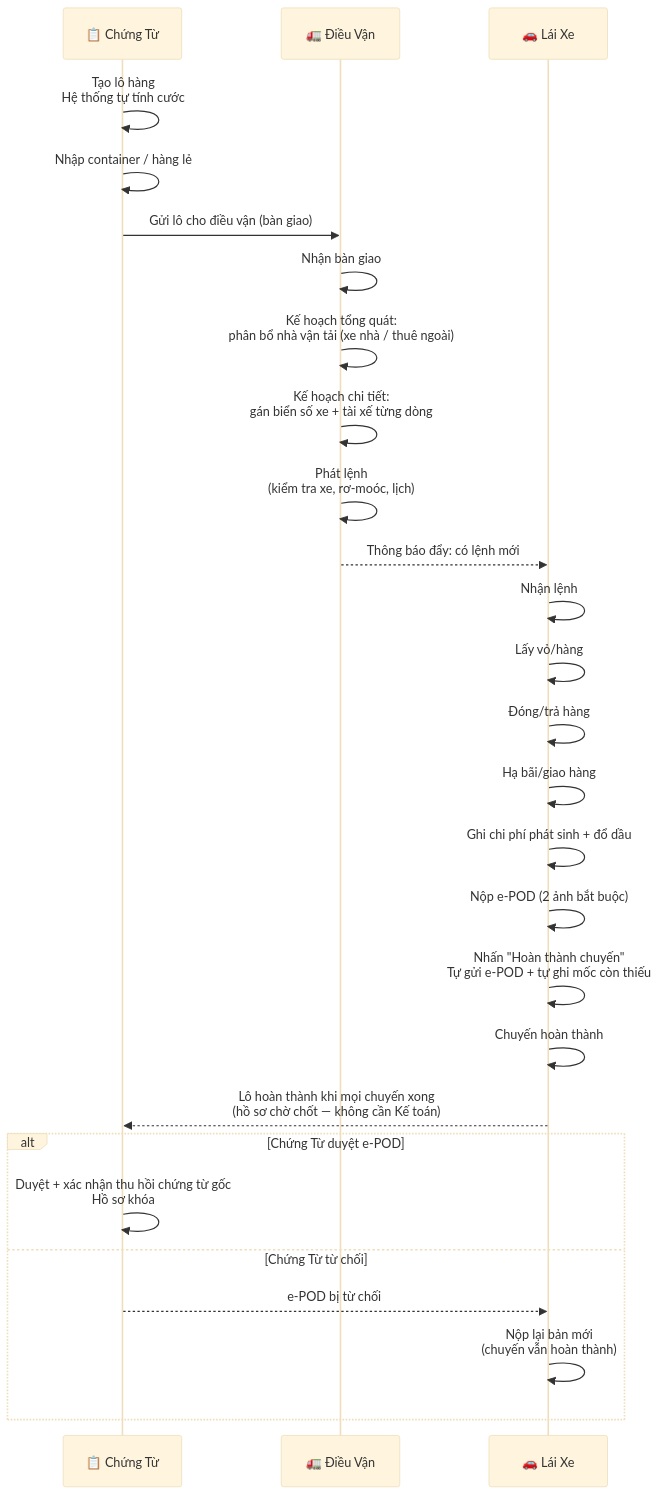
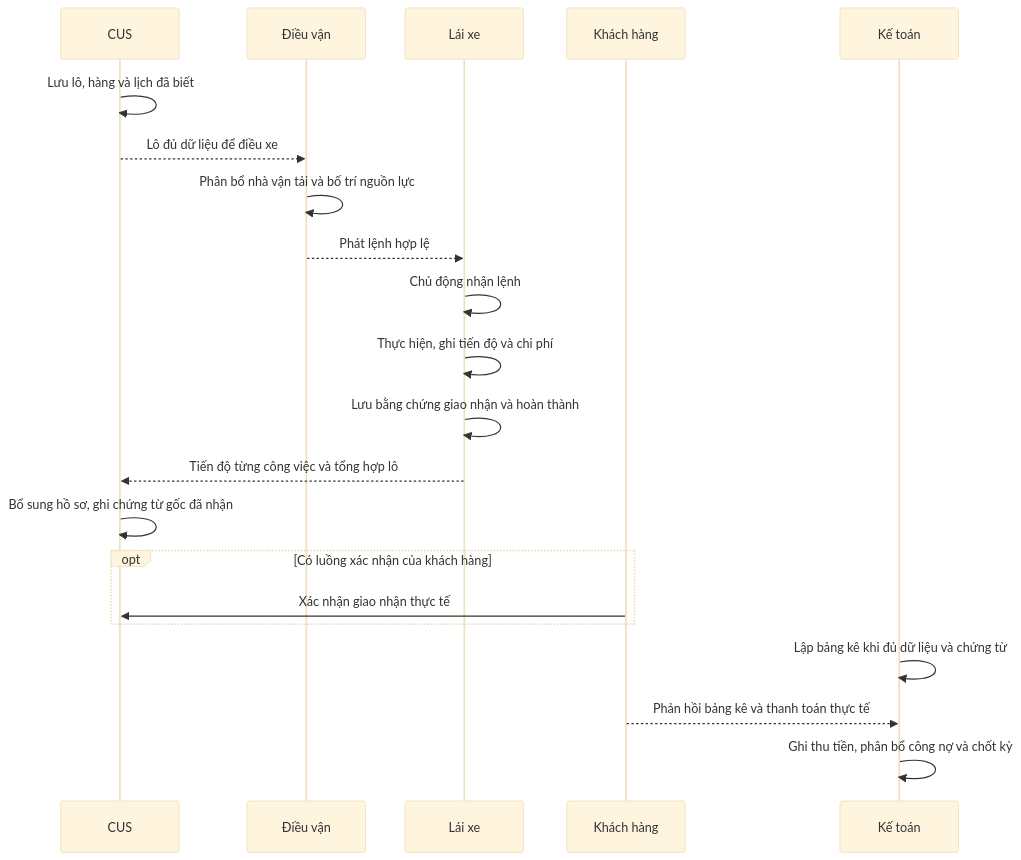
Before and after one commit to 4rankng/silversea: the diagram in docs/prd/QuyTrinhO2C.md, drawn with Mermaid (base theme). The commit also changed other lines of this file and 101 other files, not shown here.

````diff
--- a/docs/prd/QuyTrinhO2C.md
+++ b/docs/prd/QuyTrinhO2C.md
@@ -11,33 +35,23 @@
 ```mermaid
 sequenceDiagram
-    participant CT as 📋 Chứng Từ
-    participant DV as 🚛 Điều Vận
-    participant LX as 🚗 Lái Xe
-
-    CT->>CT: Tạo lô hàng<br/>Hệ thống tự tính cước
-    CT->>CT: Nhập container / hàng lẻ
-    CT->>DV: Gửi lô cho điều vận (bàn giao)
-    DV->>DV: Nhận bàn giao
-
-    DV->>DV: Kế hoạch tổng quát:<br/>phân bổ nhà vận tải (xe nhà / thuê ngoài)
-    DV->>DV: Kế hoạch chi tiết:<br/>gán biển số xe + tài xế từng dòng
-    DV->>DV: Phát lệnh<br/>(kiểm tra xe, rơ-moóc, lịch)
-    DV-->>LX: Thông báo đẩy: có lệnh mới
-
-    LX->>LX: Nhận lệnh
-    LX->>LX: Lấy vỏ/hàng
-    LX->>LX: Đóng/trả hàng
-    LX->>LX: Hạ bãi/giao hàng
-    LX->>LX: Ghi chi phí phát sinh + đổ dầu
-
-    LX->>LX: Nộp e-POD (2 ảnh bắt buộc)
-    LX->>LX: Nhấn "Hoàn thành chuyến"<br/>Tự gửi e-POD + tự ghi mốc còn thiếu
-    LX->>LX: Chuyến hoàn thành
-    LX-->>CT: Lô hoàn thành khi mọi chuyến xong<br/>(hồ sơ chờ chốt — không cần Kế toán)
-    alt Chứng Từ duyệt e-POD
-        CT->>CT: Duyệt + xác nhận thu hồi chứng từ gốc<br/>Hồ sơ khóa
-    else Chứng Từ từ chối
-        CT-->>LX: e-POD bị từ chối
-        LX->>LX: Nộp lại bản mới<br/>(chuyến vẫn hoàn thành)
+    participant CT as CUS
+    participant DV as Điều vận
+    participant LX as Lái xe
+    participant KH as Khách hàng
+    participant KT as Kế toán
+    CT->>CT: Lưu lô, hàng và lịch đã biết
+    CT-->>DV: Lô đủ dữ liệu để điều xe
+    DV->>DV: Phân bổ nhà vận tải và bố trí nguồn lực
+    DV-->>LX: Phát lệnh hợp lệ
+    LX->>LX: Chủ động nhận lệnh
+    LX->>LX: Thực hiện, ghi tiến độ và chi phí
+    LX->>LX: Lưu bằng chứng giao nhận và hoàn thành
+    LX-->>CT: Tiến độ từng công việc và tổng hợp lô
+    CT->>CT: Bổ sung hồ sơ, ghi chứng từ gốc đã nhận
+    opt Có luồng xác nhận của khách hàng
+        KH->>CT: Xác nhận giao nhận thực tế
     end
+    KT->>KT: Lập bảng kê khi đủ dữ liệu và chứng từ
+    KH-->>KT: Phản hồi bảng kê và thanh toán thực tế
+    KT->>KT: Ghi thu tiền, phân bổ công nợ và chốt kỳ
 ```
````
